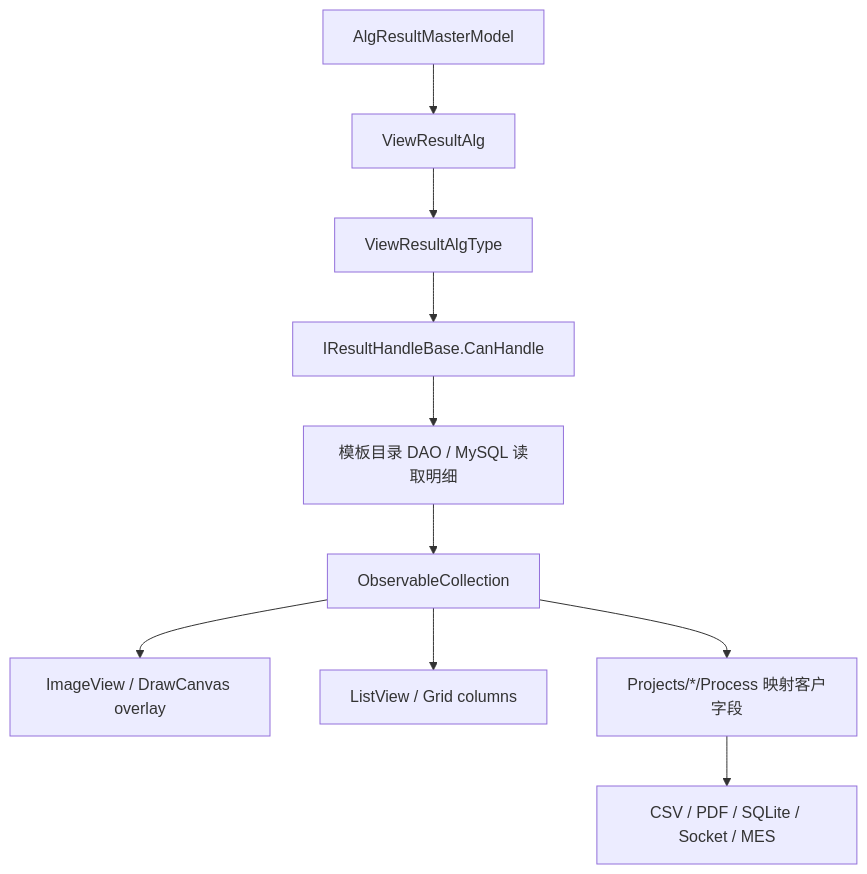
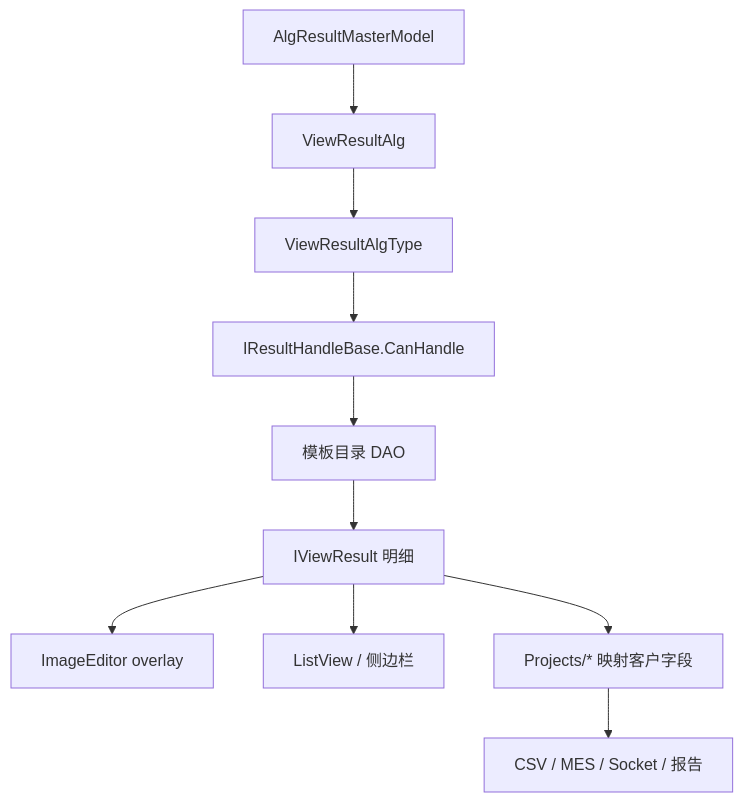
One commit to xincheng213618/scgd_general_wpf changed the diagram in docs/04-api-reference/engine-components/result-handoff-chain.md. Above: the diagram before and after it, drawn with Mermaid. The commit also changed other lines of this file and 180 other files, not shown here.

````diff
--- a/docs/04-api-reference/engine-components/result-handoff-chain.md
+++ b/docs/04-api-reference/engine-components/result-handoff-chain.md
@@ -106,12 +29,12 @@
 ```mermaid
 flowchart TD
   Master["AlgResultMasterModel"] --> ViewResult["ViewResultAlg"]
   ViewResult --> Type["ViewResultAlgType"]
   Type --> Handler["IResultHandleBase.CanHandle"]
-  Handler --> Dao["模板目录 DAO / MySQL 读取明细"]
-  Dao --> Details["ObservableCollection<IViewResult>"]
-  Details --> Overlay["ImageView / DrawCanvas overlay"]
-  Details --> Table["ListView / Grid columns"]
-  Details --> Project["Projects/*/Process 映射客户字段"]
-  Project --> Export["CSV / PDF / SQLite / Socket / MES"]
+  Handler --> Dao["模板目录 DAO"]
+  Dao --> Details["IViewResult 明细"]
+  Details --> Overlay["ImageEditor overlay"]
+  Details --> Table["ListView / 侧边栏"]
+  Details --> Project["Projects/* 映射客户字段"]
+  Project --> Export["CSV / MES / Socket / 报告"]
 ```
````
